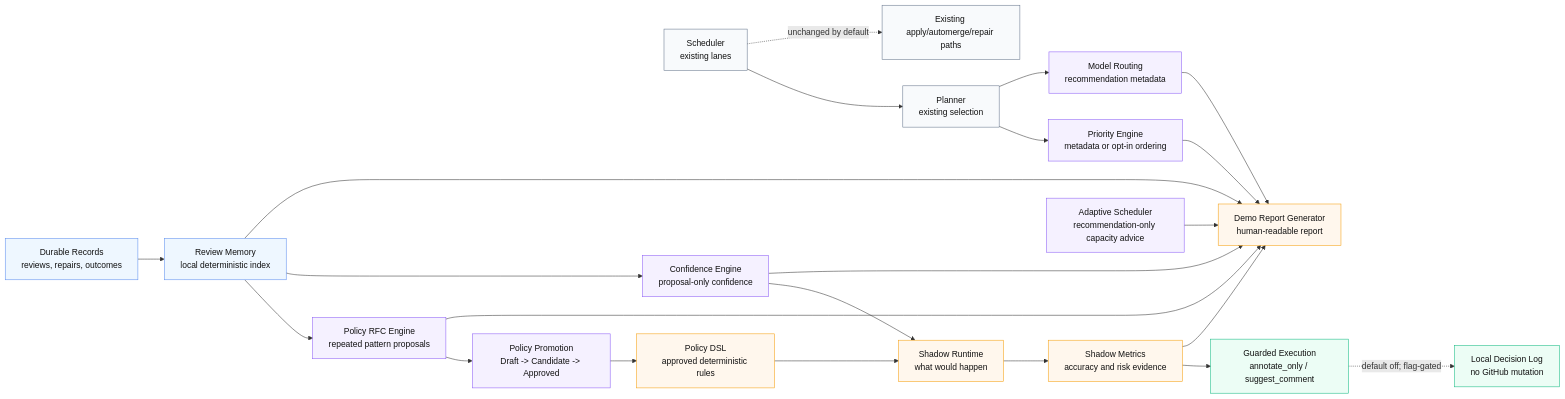
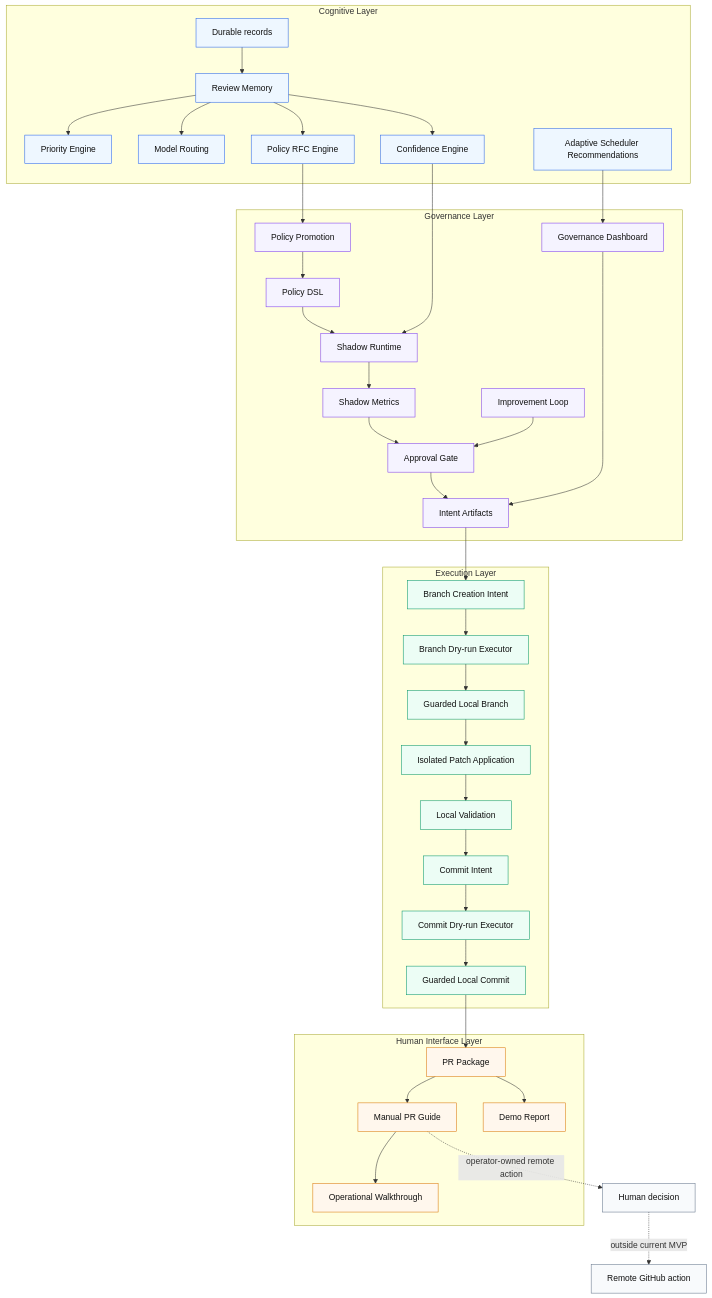
Before and after one commit to freeak88/clawsweeper-operant-lab: the diagram in docs/architecture.md, drawn with Mermaid. The commit also changed other lines of this file and 5 other files, not shown here.

Commit message:
docs: consolidate governed runtime architecture and positioning

````diff
--- a/docs/architecture.md
+++ b/docs/architecture.md
@@ -11,37 +16,84 @@
 ```mermaid
-flowchart LR
-  Records["Durable Records\nreviews, repairs, outcomes"] --> Memory["Review Memory\nlocal deterministic index"]
-  Scheduler["Scheduler\nexisting lanes"] --> Planner["Planner\nexisting selection"]
-  Planner --> Priority["Priority Engine\nmetadata or opt-in ordering"]
-  Planner --> Routing["Model Routing\nrecommendation metadata"]
-  Memory --> RFC["Policy RFC Engine\nrepeated pattern proposals"]
-  RFC --> Promotion["Policy Promotion\nDraft -> Candidate -> Approved"]
-  Promotion --> DSL["Policy DSL\napproved deterministic rules"]
-  Memory --> Confidence["Confidence Engine\nproposal-only confidence"]
-  DSL --> Shadow["Shadow Runtime\nwhat would happen"]
+flowchart TB
+  subgraph Cognitive["Cognitive Layer"]
+    Records["Durable records"]
+    Memory["Review Memory"]
+    Priority["Priority Engine"]
+    Routing["Model Routing"]
+    Confidence["Confidence Engine"]
+    Adaptive["Adaptive Scheduler Recommendations"]
+    RFC["Policy RFC Engine"]
+  end
+
+  subgraph Governance["Governance Layer"]
+    Promotion["Policy Promotion"]
+    DSL["Policy DSL"]
+    Shadow["Shadow Runtime"]
+    Metrics["Shadow Metrics"]
+    Approval["Approval Gate"]
+    Improve["Improvement Loop"]
+    Dashboard["Governance Dashboard"]
+    Intent["Intent Artifacts"]
+  end
+
+  subgraph Execution["Execution Layer"]
+    BranchIntent["Branch Creation Intent"]
+    BranchPreview["Branch Dry-run Executor"]
+    BranchExec["Guarded Local Branch"]
+    PatchApply["Isolated Patch Application"]
+    Validation["Local Validation"]
+    CommitIntent["Commit Intent"]
+    CommitPreview["Commit Dry-run Executor"]
+    CommitExec["Guarded Local Commit"]
+  end
+
+  subgraph Human["Human Interface Layer"]
+    PRPackage["PR Package"]
+    ManualGuide["Manual PR Guide"]
+    Demo["Demo Report"]
+    Walkthrough["Operational Walkthrough"]
+  end
+
+  Records --> Memory
+  Memory --> RFC
+  Memory --> Priority
+  Memory --> Routing
+  Memory --> Confidence
+  RFC --> Promotion
+  Promotion --> DSL
+  DSL --> Shadow
   Confidence --> Shadow
-  Shadow --> Metrics["Shadow Metrics\naccuracy and risk evidence"]
-  Metrics --> Guarded["Guarded Execution\nannotate_only / suggest_comment"]
-  Metrics --> Demo["Demo Report Generator\nhuman-readable report"]
-  Memory --> Demo
-  RFC --> Demo
-  Priority --> Demo
-  Routing --> Demo
-  Confidence --> Demo
-  Adaptive["Adaptive Scheduler\nrecommendation-only capacity advice"] --> Demo
+  Shadow --> Metrics
+  Metrics --> Approval
+  Adaptive --> Dashboard
+  Improve --> Approval
+  Approval --> Intent
+  Dashboard --> Intent
+  Intent --> BranchIntent
+  BranchIntent --> BranchPreview
+  BranchPreview --> BranchExec
+  BranchExec --> PatchApply
+  PatchApply --> Validation
+  Validation --> CommitIntent
+  CommitIntent --> CommitPreview
+  CommitPreview --> CommitExec
+  CommitExec --> PRPackage
+  PRPackage --> ManualGuide
+  PRPackage --> Demo
+  ManualGuide --> Walkthrough
 
-  Guarded -. "default off; flag-gated" .-> LocalLog["Local Decision Log\nno GitHub mutation"]
-  Scheduler -. "unchanged by default" .-> Existing["Existing apply/automerge/repair paths"]
+  ManualGuide -. "operator-owned remote action" .-> HumanDecision["Human decision"]
+  HumanDecision -. "outside current MVP" .-> Remote["Remote GitHub action"]
 
-  classDef observe fill:#eef7ff,stroke:#5b8def,color:#111;
-  classDef recommend fill:#f5f1ff,stroke:#8b5cf6,color:#111;
-  classDef simulate fill:#fff7ed,stroke:#f59e0b,color:#111;
-  classDef guarded fill:#ecfdf5,stroke:#10b981,color:#111;
+  classDef cognitive fill:#eef7ff,stroke:#2563eb,color:#111;
+  classDef governance fill:#f5f3ff,stroke:#7c3aed,color:#111;
+  classDef execution fill:#ecfdf5,stroke:#059669,color:#111;
+  classDef human fill:#fff7ed,stroke:#d97706,color:#111;
   classDef boundary fill:#f8fafc,stroke:#64748b,color:#111;
 
-  class Records,Memory observe;
-  class Priority,Routing,RFC,Promotion,Confidence,Adaptive recommend;
-  class DSL,Shadow,Metrics,Demo simulate;
-  class Guarded,LocalLog guarded;
-  class Scheduler,Planner,Existing boundary;
+  class Records,Memory,Priority,Routing,Confidence,Adaptive,RFC cognitive;
+  class Promotion,DSL,Shadow,Metrics,Approval,Improve,Dashboard,Intent governance;
+  class BranchIntent,BranchPreview,BranchExec,PatchApply,Validation,CommitIntent,CommitPreview,CommitExec execution;
+  class PRPackage,ManualGuide,Demo,Walkthrough human;
+  class HumanDecision,Remote boundary;
 ```
````
